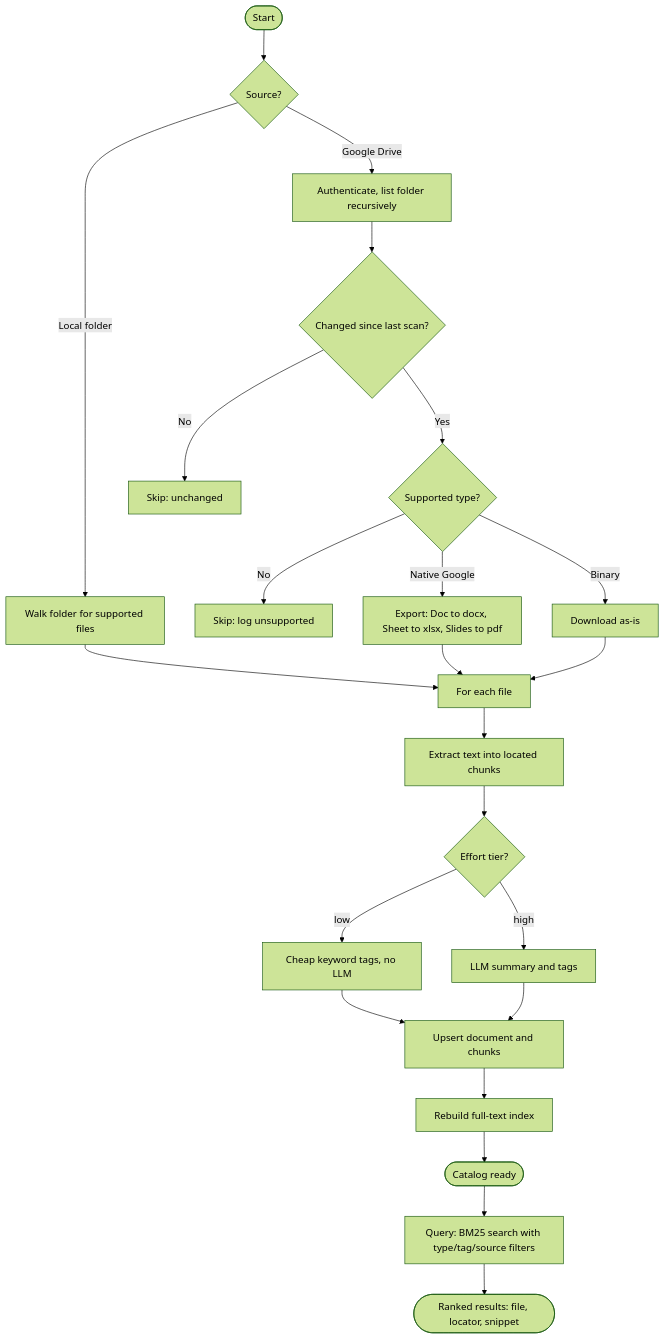
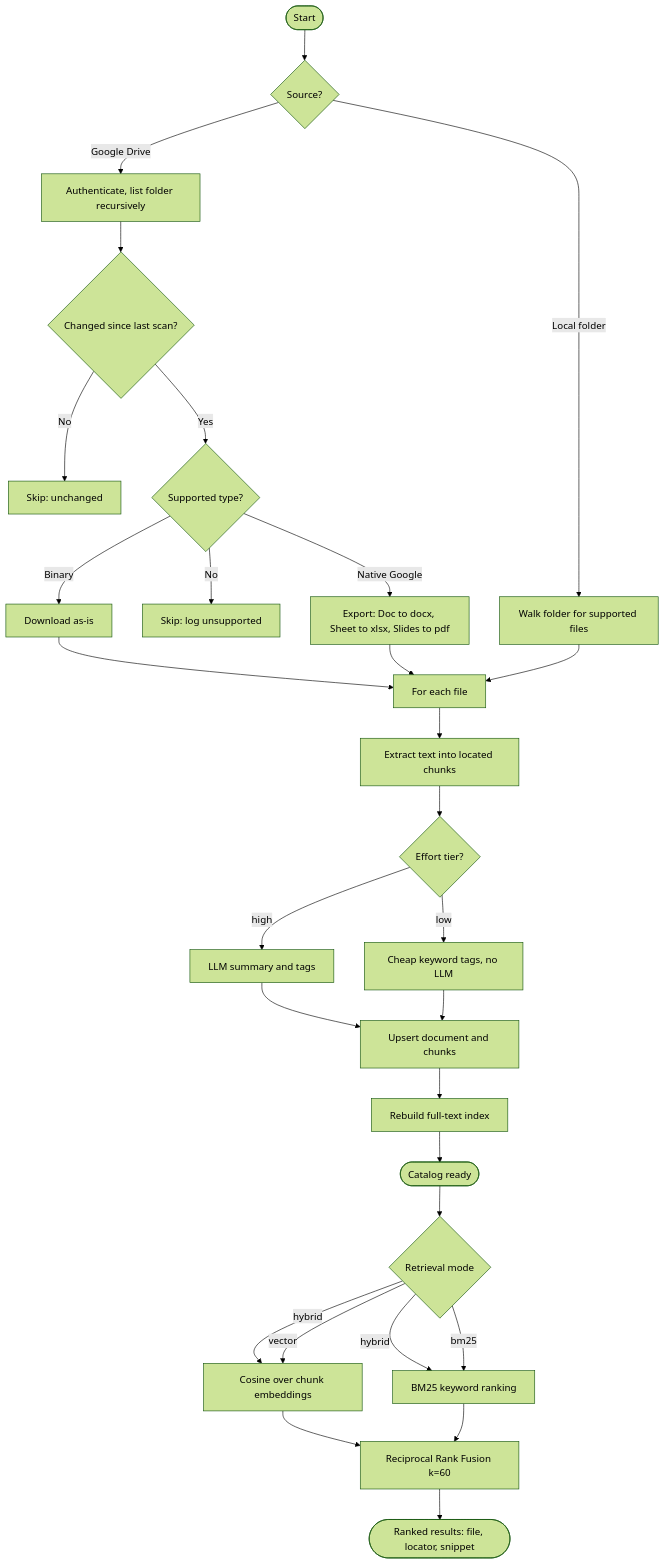
Before and after one commit to Drzymek92/document-librarian: the diagram in README.md, drawn with Mermaid (forest theme). The commit also changed other lines of this file, not shown here.

First line of the commit message:
Document hybrid retrieval

````diff
--- a/README.md
+++ b/README.md
@@ -44,25 +48,31 @@
 ```mermaid
 flowchart TD
     A([Start]) --> B{Source?}
     B -- Local folder --> C[Walk folder for supported files]
     B -- Google Drive --> D[Authenticate, list folder recursively]
     D --> E{Changed since last scan?}
     E -- No --> F[Skip: unchanged]
     E -- Yes --> G{Supported type?}
     G -- No --> H[Skip: log unsupported]
     G -- Native Google --> I[Export: Doc to docx, Sheet to xlsx, Slides to pdf]
     G -- Binary --> J[Download as-is]
     C --> K[For each file]
     I --> K
     J --> K
     K --> L[Extract text into located chunks]
     L --> M{Effort tier?}
     M -- low --> N[Cheap keyword tags, no LLM]
     M -- high --> O[LLM summary and tags]
     N --> P[Upsert document and chunks]
     O --> P
     P --> Q[Rebuild full-text index]
     Q --> R([Catalog ready])
-    R --> S[Query: BM25 search with type/tag/source filters]
-    S --> T([Ranked results: file, locator, snippet])
+    R --> S{Retrieval mode}
+    S -- bm25 --> U[BM25 keyword ranking]
+    S -- vector --> V[Cosine over chunk embeddings]
+    S -- hybrid --> U
+    S -- hybrid --> V
+    U --> W[Reciprocal Rank Fusion k=60]
+    V --> W
+    W --> T([Ranked results: file, locator, snippet])
 ```
````
